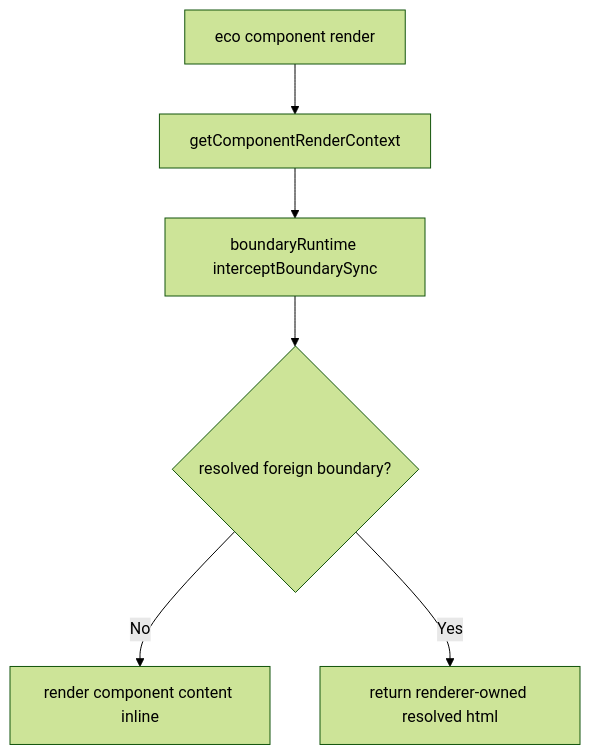
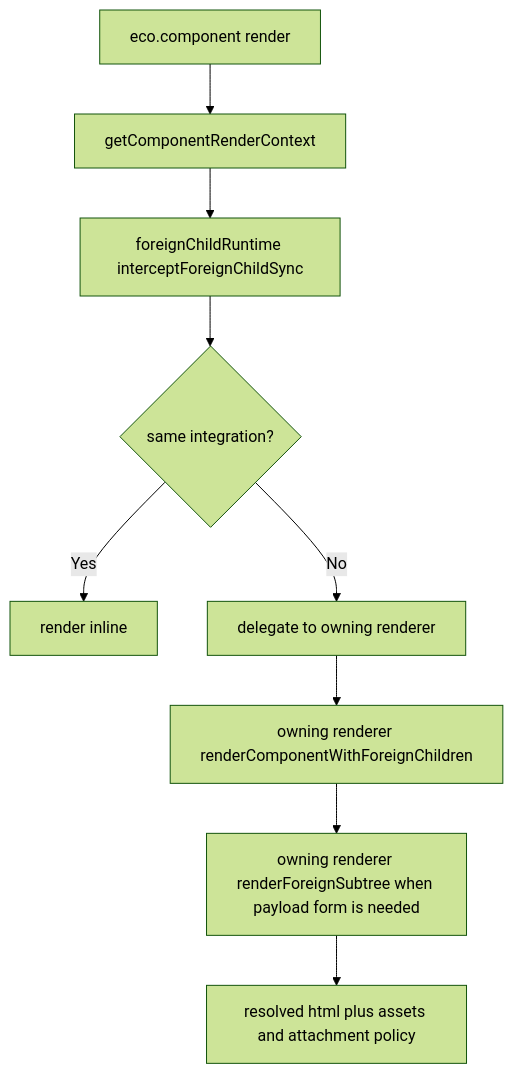
The third of 5 diagrams in packages/core/src/route-renderer/GRAPH.md (ecopages/ecopages), drawn with Mermaid (forest theme) before and after one commit. The commit also changed other lines of this file and 12 other files, not shown here.

````diff
--- a/packages/core/src/route-renderer/GRAPH.md
+++ b/packages/core/src/route-renderer/GRAPH.md
@@ -241,8 +72,11 @@
 ```mermaid
 flowchart TD
-  A[eco component render] --> B[getComponentRenderContext]
-  B --> C[boundaryRuntime interceptBoundarySync]
-  C --> D{resolved foreign boundary?}
-  D -- No --> E[render component content inline]
-  D -- Yes --> F[return renderer-owned resolved html]
+  A[eco.component render] --> B[getComponentRenderContext]
+  B --> C[foreignChildRuntime interceptForeignChildSync]
+  C --> D{same integration?}
+  D -- Yes --> E[render inline]
+  D -- No --> F[delegate to owning renderer]
+  F --> G[owning renderer renderComponentWithForeignChildren]
+  G --> H[owning renderer renderForeignSubtree when payload form is needed]
+  H --> I[resolved html plus assets and attachment policy]
 ```
````
